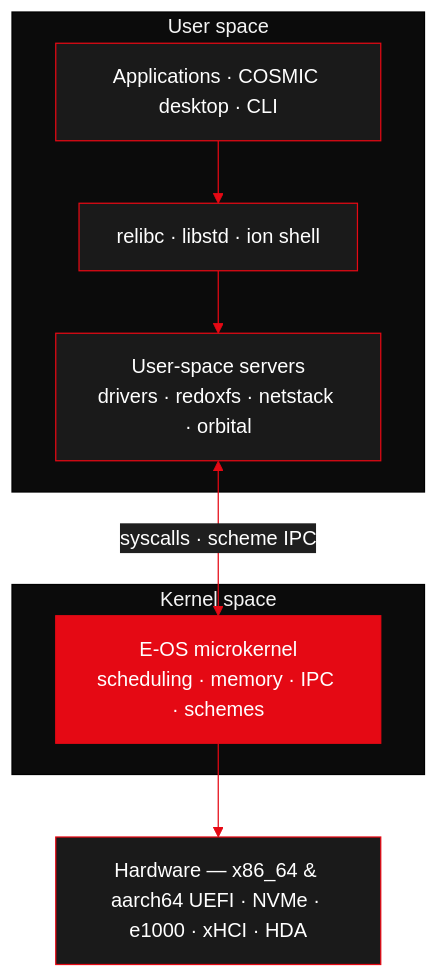
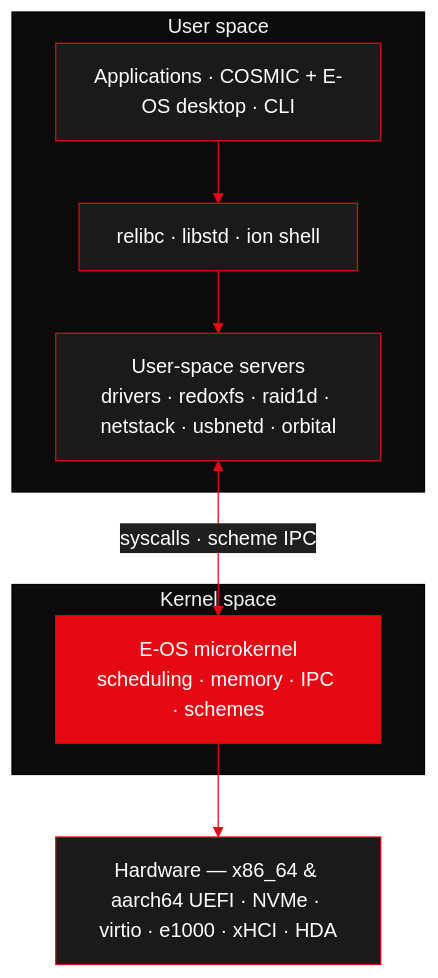
The first of 3 diagrams in README.md (Gh0s777tt/E-OS), drawn with Mermaid before and after one commit. The commit also changed other lines of this file, not shown here.

First line of the commit message:
docs(README): sync with current state — aarch64 desktop, R-50x, RAID-1, hardware FDE, usbnetd, PQ signing

````diff
--- a/README.md
+++ b/README.md
@@ -108,22 +129,22 @@
 ```mermaid
 %%{init: {'theme':'base','themeVariables':{'primaryColor':'#E50914','primaryTextColor':'#ffffff','primaryBorderColor':'#E50914','lineColor':'#E50914','secondaryColor':'#1f1f1f','tertiaryColor':'#0b0b0b','fontFamily':'Fira Code'}}}%%
 flowchart TD
     subgraph US["User space"]
-        APPS["Applications · COSMIC desktop · CLI"]
+        APPS["Applications · COSMIC + E-OS desktop · CLI"]
         LIBS["relibc · libstd · ion shell"]
-        SRV["User-space servers<br/>drivers · redoxfs · netstack · orbital"]
+        SRV["User-space servers<br/>drivers · redoxfs · raid1d · netstack · usbnetd · orbital"]
     end
     subgraph KS["Kernel space"]
         K["E-OS microkernel<br/>scheduling · memory · IPC · schemes"]
     end
-    HW["Hardware — x86_64 &amp; aarch64 UEFI · NVMe · e1000 · xHCI · HDA"]
+    HW["Hardware — x86_64 &amp; aarch64 UEFI · NVMe · virtio · e1000 · xHCI · HDA"]
 
     APPS --> LIBS --> SRV
     SRV <-->|"syscalls · scheme IPC"| K
     K --> HW
 
     classDef red fill:#E50914,stroke:#E50914,color:#fff;
     classDef dark fill:#1a1a1a,stroke:#E50914,color:#fff;
     class K red;
     class APPS,LIBS,SRV,HW dark;
 ```
````
